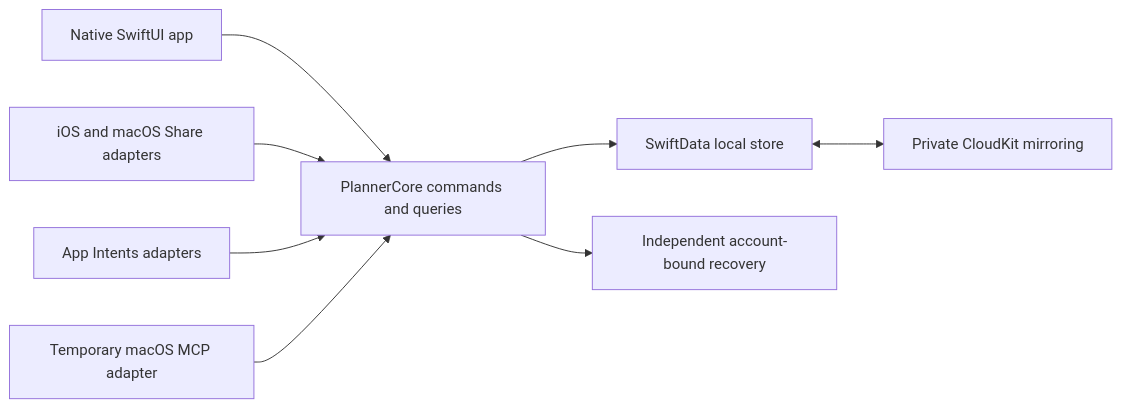
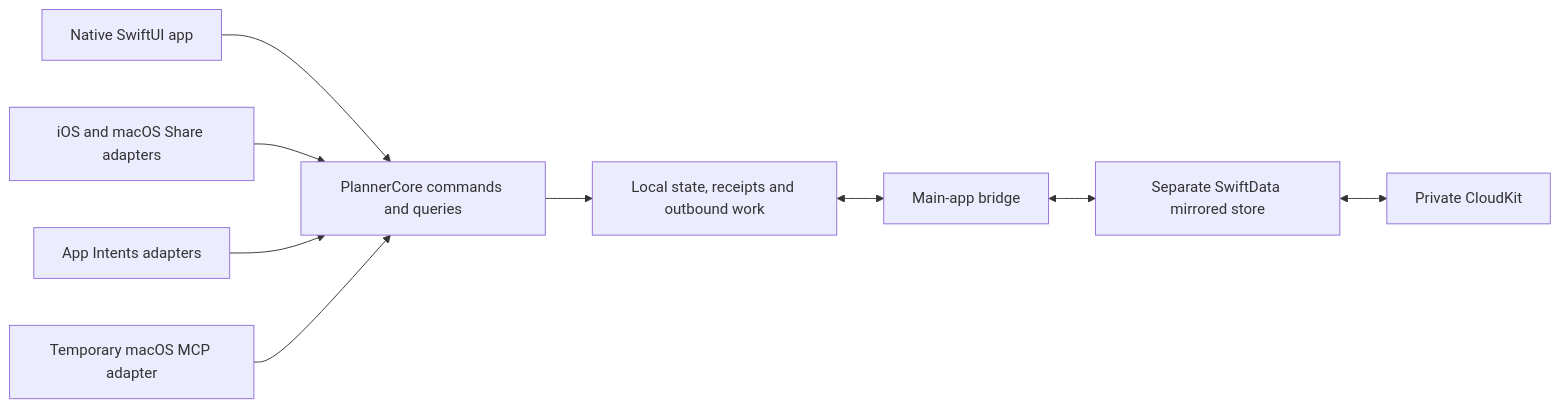
The diagram in docs/core-architecture.md (dvcol/planner), drawn with Mermaid before and after one commit. The commit also changed other lines of this file and 3 other files, not shown here.

Commit message:
docs: accept first core architecture decisions

````diff
--- a/docs/core-architecture.md
+++ b/docs/core-architecture.md
@@ -46,10 +78,11 @@
 ```mermaid
 flowchart LR
   App[Native SwiftUI app] --> Core[PlannerCore commands and queries]
   Share[iOS and macOS Share adapters] --> Core
   Intents[App Intents adapters] --> Core
   MCP[Temporary macOS MCP adapter] --> Core
-  Core --> Store[SwiftData local store]
-  Core --> Recovery[Independent account-bound recovery]
-  Store <--> Cloud[Private CloudKit mirroring]
+  Core --> Local[Local state, receipts and outbound work]
+  Local <--> Bridge[Main-app bridge]
+  Bridge <--> Mirror[Separate SwiftData mirrored store]
+  Mirror <--> Cloud[Private CloudKit]
 ```
````
